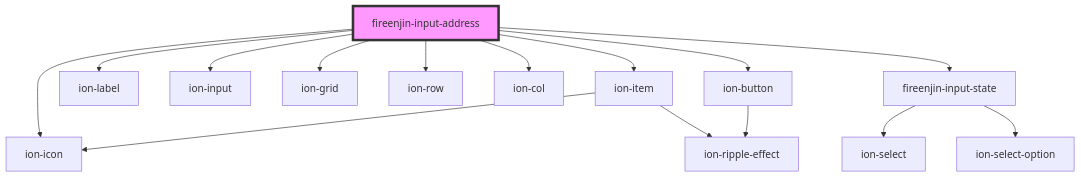
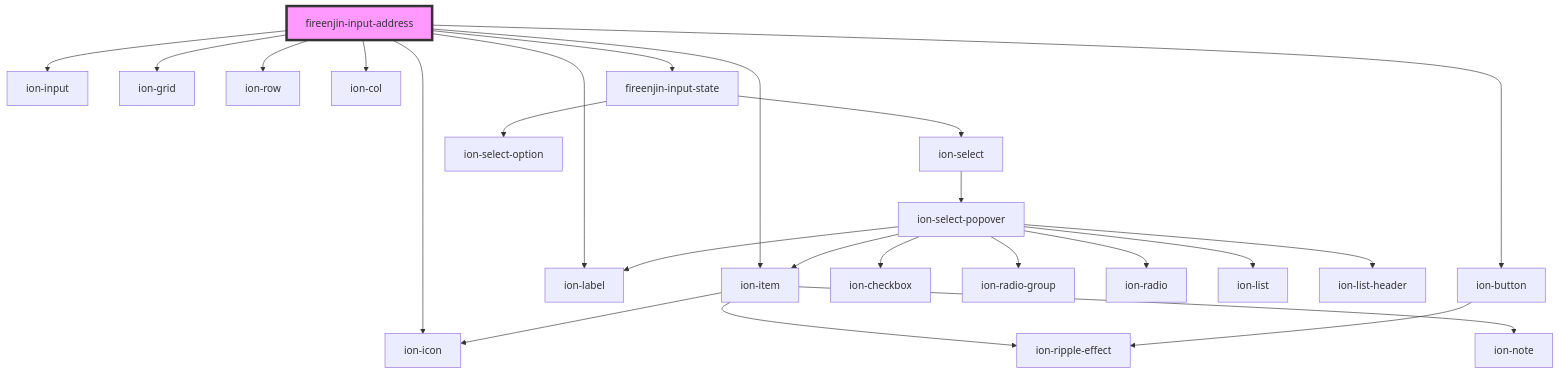
Before and after one commit to FireEnjin/Components: the diagram in src/components/input-address/readme.md, drawn with Mermaid. The commit also changed 17 other files, not shown here.

````diff
--- a/src/components/input-address/readme.md
+++ b/src/components/input-address/readme.md
@@ -44,18 +44,27 @@
 ```mermaid
 graph TD;
   fireenjin-input-address --> ion-item
   fireenjin-input-address --> ion-label
   fireenjin-input-address --> ion-input
   fireenjin-input-address --> ion-grid
   fireenjin-input-address --> ion-row
   fireenjin-input-address --> ion-col
   fireenjin-input-address --> fireenjin-input-state
   fireenjin-input-address --> ion-button
   fireenjin-input-address --> ion-icon
   ion-item --> ion-icon
   ion-item --> ion-ripple-effect
+  ion-item --> ion-note
   fireenjin-input-state --> ion-select
   fireenjin-input-state --> ion-select-option
+  ion-select --> ion-select-popover
+  ion-select-popover --> ion-item
+  ion-select-popover --> ion-checkbox
+  ion-select-popover --> ion-label
+  ion-select-popover --> ion-radio-group
+  ion-select-popover --> ion-radio
+  ion-select-popover --> ion-list
+  ion-select-popover --> ion-list-header
   ion-button --> ion-ripple-effect
   style fireenjin-input-address fill:#f9f,stroke:#333,stroke-width:4px
 ```
````
